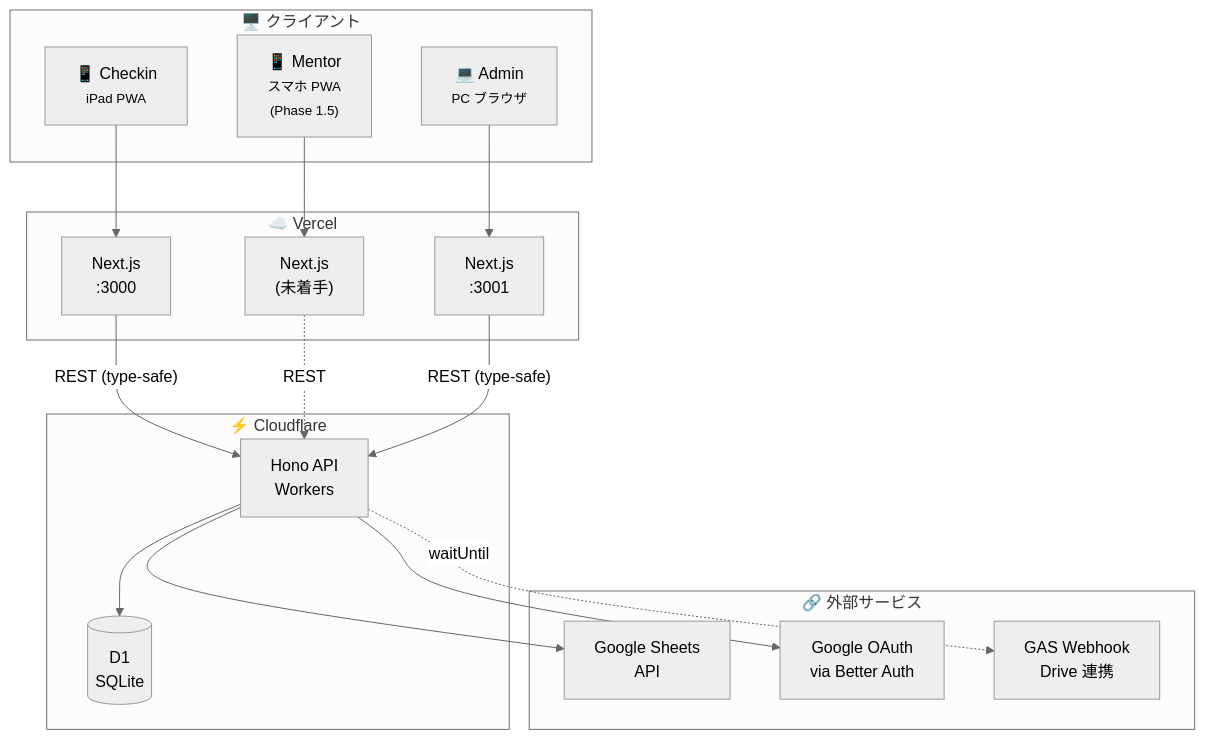
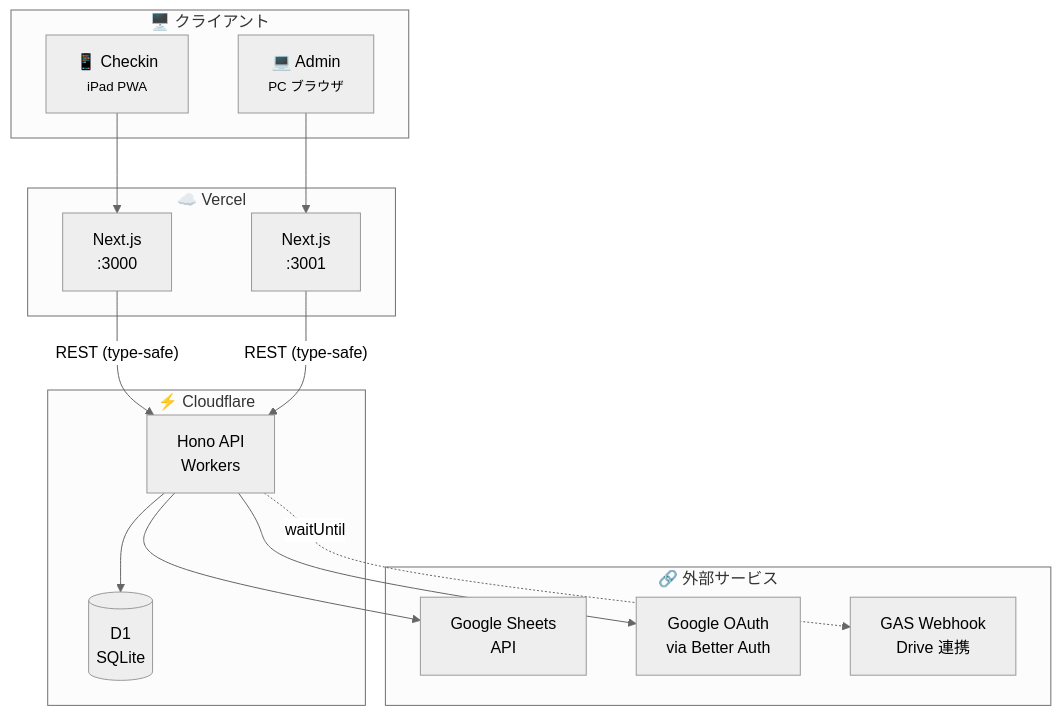
One commit to ut42tech/tecnova-platform changed the first of 3 diagrams in README.md. Above: the diagram before and after it, drawn with Mermaid (neutral theme). The commit also changed other lines of this file and 6 other files, not shown here.

````diff
--- a/README.md
+++ b/README.md
@@ -71,38 +103,34 @@
 ```mermaid
 graph TB
     subgraph Clients["🖥️ クライアント"]
         C1["📱 Checkin<br/><small>iPad PWA</small>"]
-        C2["📱 Mentor<br/><small>スマホ PWA</small><br/><small>(Phase 1.5)</small>"]
         C3["💻 Admin<br/><small>PC ブラウザ</small>"]
     end
 
     subgraph Hosting["☁️ Vercel"]
         V1["Next.js<br/>:3000"]
-        V2["Next.js<br/>(未着手)"]
         V3["Next.js<br/>:3001"]
     end
 
     subgraph Edge["⚡ Cloudflare"]
         API["Hono API<br/>Workers"]
         D1[("D1<br/>SQLite")]
     end
 
     subgraph External["🔗 外部サービス"]
         GS["Google Sheets<br/>API"]
         GA["Google OAuth<br/>via Better Auth"]
         GAS["GAS Webhook<br/>Drive 連携"]
     end
 
     C1 --> V1
-    C2 --> V2
     C3 --> V3
 
     V1 -- "REST (type-safe)" --> API
-    V2 -. "REST" .-> API
     V3 -- "REST (type-safe)" --> API
 
     API --> D1
     API --> GS
     API --> GA
     API -. "waitUntil" .-> GAS
 ```
````
